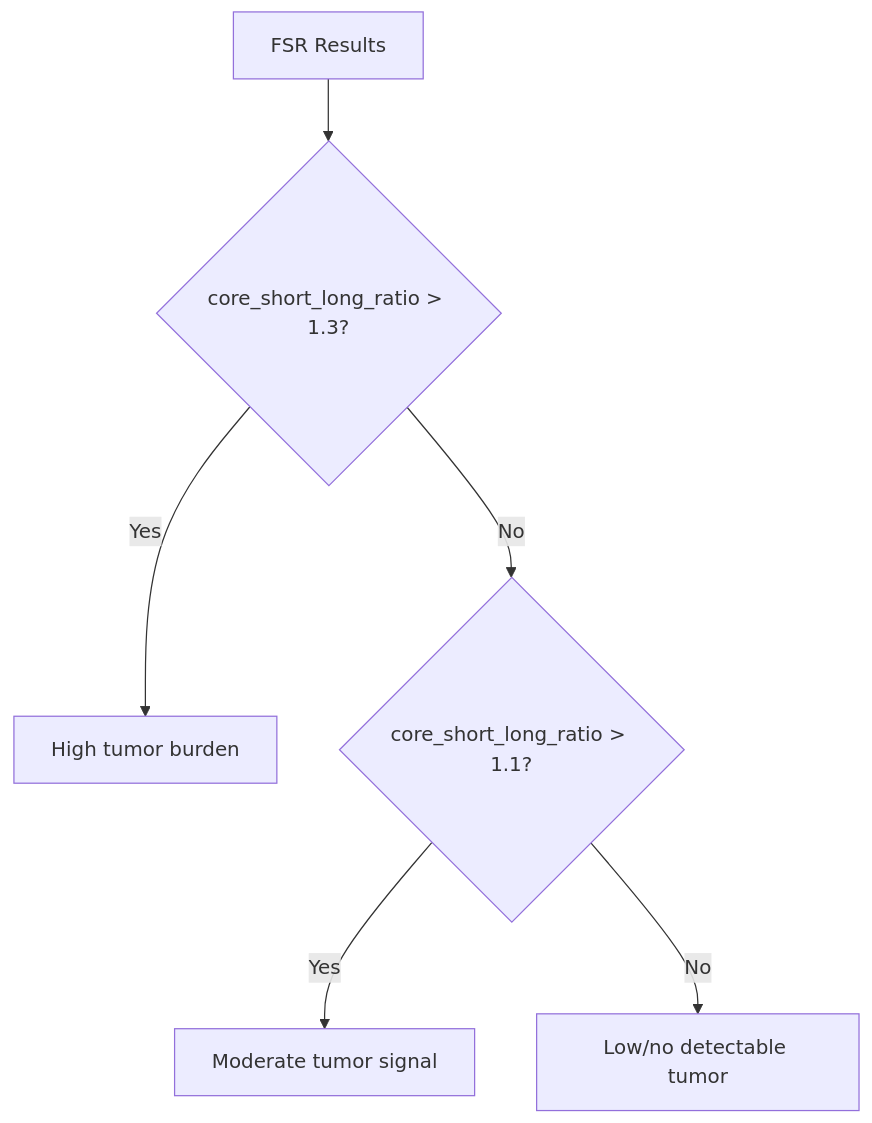
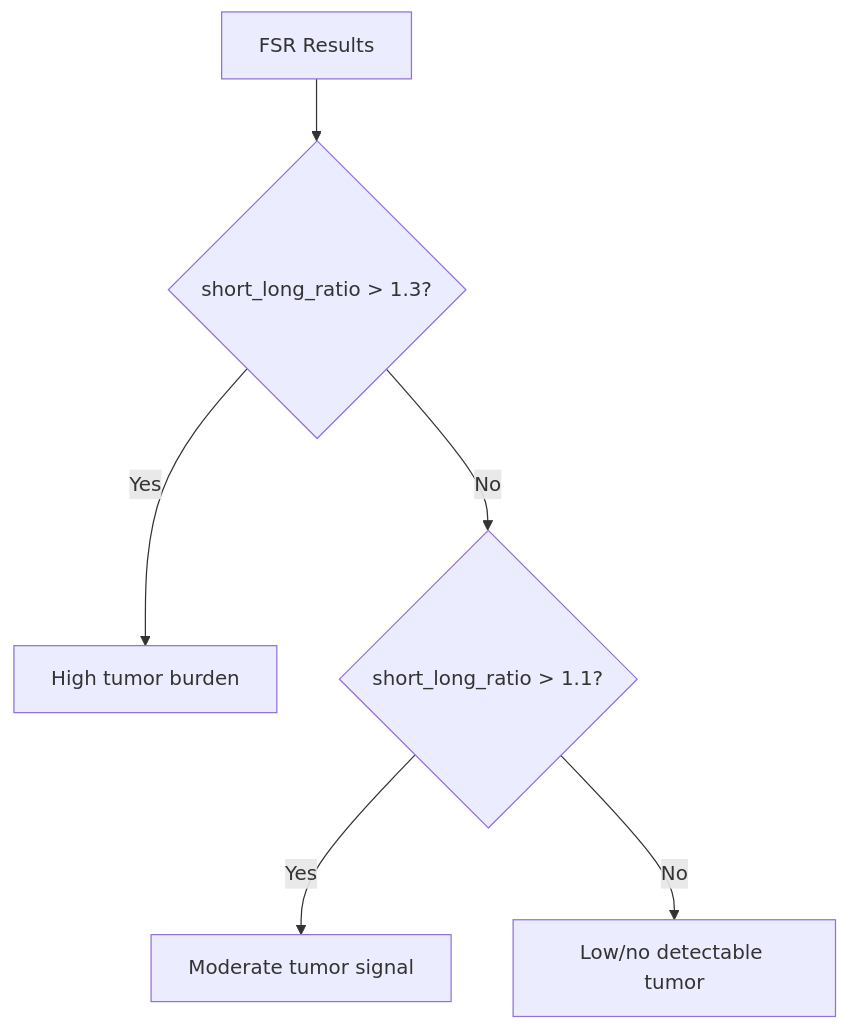
One commit to msk-access/krewlyzer changed the third of 3 diagrams in docs/features/core/fsr.md. Above: the diagram before and after it, drawn with Mermaid. The commit also changed other lines of this file and 1 other file, not shown here.

First line of the commit message:
docs(fsr): fix output columns, panel mode, and window descriptions

````diff
--- a/docs/features/core/fsr.md
+++ b/docs/features/core/fsr.md
@@ -226,8 +228,8 @@
 ```mermaid
 flowchart TD
-    FSR[FSR Results] --> Q1{core_short_long_ratio > 1.3?}
+    FSR[FSR Results] --> Q1{"short_long_ratio > 1.3?"}
     Q1 -->|Yes| HIGH[High tumor burden]
-    Q1 -->|No| Q2{core_short_long_ratio > 1.1?}
+    Q1 -->|No| Q2{"short_long_ratio > 1.1?"}
     Q2 -->|Yes| MOD[Moderate tumor signal]
     Q2 -->|No| LOW[Low/no detectable tumor]
 ```
````
